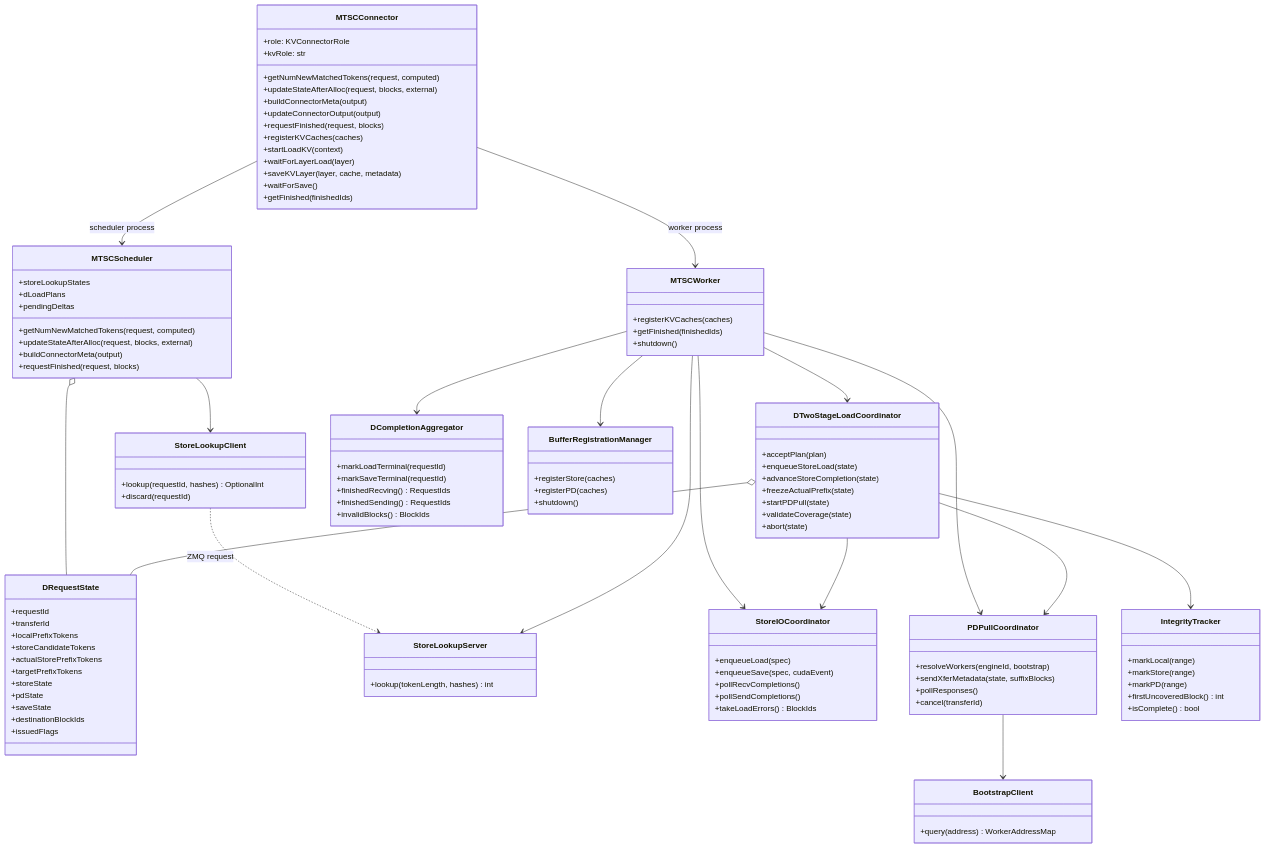
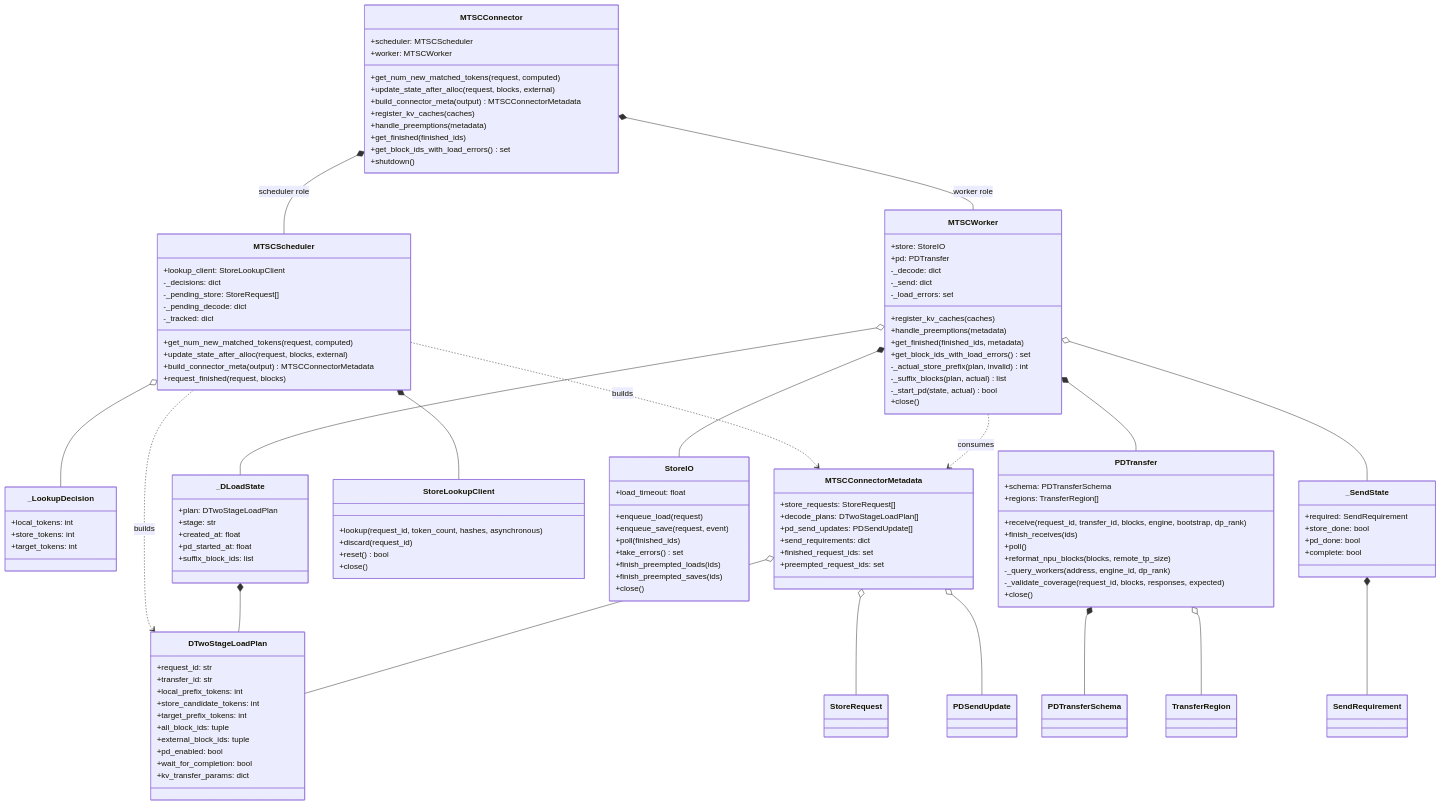
Before and after one commit to WangSu-X/MTSC: the first of 6 diagrams in docs/design/S03-decode设计.md, drawn with Mermaid. The commit also changed other lines of this file and 18 other files, not shown here.

Commit message:
feat: two stage load v0

````diff
--- a/docs/design/S03-decode设计.md
+++ b/docs/design/S03-decode设计.md
@@ -187,113 +190,130 @@
 ```mermaid
 classDiagram
     class MTSCConnector {
-        +role: KVConnectorRole
-        +kvRole: str
-        +getNumNewMatchedTokens(request, computed)
-        +updateStateAfterAlloc(request, blocks, external)
-        +buildConnectorMeta(output)
-        +updateConnectorOutput(output)
-        +requestFinished(request, blocks)
-        +registerKVCaches(caches)
-        +startLoadKV(context)
-        +waitForLayerLoad(layer)
-        +saveKVLayer(layer, cache, metadata)
-        +waitForSave()
-        +getFinished(finishedIds)
+        +scheduler: MTSCScheduler
+        +worker: MTSCWorker
+        +get_num_new_matched_tokens(request, computed)
+        +update_state_after_alloc(request, blocks, external)
+        +build_connector_meta(output) MTSCConnectorMetadata
+        +register_kv_caches(caches)
+        +handle_preemptions(metadata)
+        +get_finished(finished_ids)
+        +get_block_ids_with_load_errors() set
+        +shutdown()
     }
     class MTSCScheduler {
-        +storeLookupStates
-        +dLoadPlans
-        +pendingDeltas
-        +getNumNewMatchedTokens(request, computed)
-        +updateStateAfterAlloc(request, blocks, external)
-        +buildConnectorMeta(output)
-        +requestFinished(request, blocks)
+        +lookup_client: StoreLookupClient
+        -_decisions: dict
+        -_pending_store: StoreRequest[]
+        -_pending_decode: dict
+        -_tracked: dict
+        +get_num_new_matched_tokens(request, computed)
+        +update_state_after_alloc(request, blocks, external)
+        +build_connector_meta(output) MTSCConnectorMetadata
+        +request_finished(request, blocks)
     }
     class MTSCWorker {
-        +registerKVCaches(caches)
-        +getFinished(finishedIds)
-        +shutdown()
+        +store: StoreIO
+        +pd: PDTransfer
+        -_decode: dict
+        -_send: dict
+        -_load_errors: set
+        +register_kv_caches(caches)
+        +handle_preemptions(metadata)
+        +get_finished(finished_ids, metadata)
+        +get_block_ids_with_load_errors() set
+        -_actual_store_prefix(plan, invalid) int
+        -_suffix_blocks(plan, actual) list
+        -_start_pd(state, actual) bool
+        +close()
     }
-    class DRequestState {
-        +requestId
-        +transferId
-        +localPrefixTokens
-        +storeCandidateTokens
-        +actualStorePrefixTokens
-        +targetPrefixTokens
-        +storeState
-        +pdState
-        +saveState
-        +destinationBlockIds
-        +issuedFlags
+    class _LookupDecision {
+        +local_tokens: int
+        +store_tokens: int
+        +target_tokens: int
+    }
+    class DTwoStageLoadPlan {
+        +request_id: str
+        +transfer_id: str
+        +local_prefix_tokens: int
+        +store_candidate_tokens: int
+        +target_prefix_tokens: int
+        +all_block_ids: tuple
+        +external_block_ids: tuple
+        +pd_enabled: bool
+        +wait_for_completion: bool
+        +kv_transfer_params: dict
+    }
+    class _DLoadState {
+        +plan: DTwoStageLoadPlan
+        +stage: str
+        +created_at: float
+        +pd_started_at: float
+        +suffix_block_ids: list
+    }
+    class _SendState {
+        +required: SendRequirement
+        +store_done: bool
+        +pd_done: bool
+        +complete: bool
     }
     class StoreLookupClient {
-        +lookup(requestId, hashes) OptionalInt
-        +discard(requestId)
+        +lookup(request_id, token_count, hashes, asynchronous)
+        +discard(request_id)
+        +reset() bool
+        +close()
     }
-    class StoreLookupServer {
-        +lookup(tokenLength, hashes) int
+    class StoreIO {
+        +load_timeout: float
+        +enqueue_load(request)
+        +enqueue_save(request, event)
+        +poll(finished_ids)
+        +take_errors() set
+        +finish_preempted_loads(ids)
+        +finish_preempted_saves(ids)
+        +close()
     }
-    class DTwoStageLoadCoordinator {
-        +acceptPlan(plan)
-        +enqueueStoreLoad(state)
-        +advanceStoreCompletion(state)
-        +freezeActualPrefix(state)
-        +startPDPull(state)
-        +validateCoverage(state)
-        +abort(state)
+    class PDTransfer {
+        +schema: PDTransferSchema
+        +regions: TransferRegion[]
+        +receive(request_id, transfer_id, blocks, engine, bootstrap, dp_rank)
+        +finish_receives(ids)
+        +poll()
+        +reformat_npu_blocks(blocks, remote_tp_size)
+        -_query_workers(address, engine_id, dp_rank)
+        -_validate_coverage(request_id, blocks, responses, expected)
+        +close()
     }
-    class StoreIOCoordinator {
-        +enqueueLoad(spec)
-        +enqueueSave(spec, cudaEvent)
-        +pollRecvCompletions()
-        +pollSendCompletions()
-        +takeLoadErrors() BlockIds
+    class MTSCConnectorMetadata {
+        +store_requests: StoreRequest[]
+        +decode_plans: DTwoStageLoadPlan[]
+        +pd_send_updates: PDSendUpdate[]
+        +send_requirements: dict
+        +finished_request_ids: set
+        +preempted_request_ids: set
     }
-    class PDPullCoordinator {
-        +resolveWorkers(engineId, bootstrap)
-        +sendXferMetadata(state, suffixBlocks)
-        +pollResponses()
-        +cancel(transferId)
-    }
-    class BootstrapClient {
-        +query(address) WorkerAddressMap
-    }
-    class IntegrityTracker {
-        +markLocal(range)
-        +markStore(range)
-        +markPD(range)
-        +firstUncoveredBlock() int
-        +isComplete() bool
-    }
-    class DCompletionAggregator {
-        +markLoadTerminal(requestId)
-        +markSaveTerminal(requestId)
-        +finishedRecving() RequestIds
-        +finishedSending() RequestIds
-        +invalidBlocks() BlockIds
-    }
-    class BufferRegistrationManager {
-        +registerStore(caches)
-        +registerPD(caches)
-        +shutdown()
-    }
+    class StoreRequest
+    class PDSendUpdate
+    class SendRequirement
+    class PDTransferSchema
+    class TransferRegion
 
-    MTSCConnector --> MTSCScheduler : scheduler process
-    MTSCConnector --> MTSCWorker : worker process
-    MTSCScheduler o-- DRequestState
-    MTSCScheduler --> StoreLookupClient
-    StoreLookupClient ..> StoreLookupServer : ZMQ request
-    MTSCWorker --> DTwoStageLoadCoordinator
-    MTSCWorker --> StoreLookupServer
-    MTSCWorker --> StoreIOCoordinator
-    MTSCWorker --> PDPullCoordinator
-    MTSCWorker --> DCompletionAggregator
-    MTSCWorker --> BufferRegistrationManager
-    DTwoStageLoadCoordinator o-- DRequestState
-    DTwoStageLoadCoordinator --> StoreIOCoordinator
-    DTwoStageLoadCoordinator --> PDPullCoordinator
-    DTwoStageLoadCoordinator --> IntegrityTracker
-    PDPullCoordinator --> BootstrapClient
+    MTSCConnector *-- MTSCScheduler : scheduler role
+    MTSCConnector *-- MTSCWorker : worker role
+    MTSCScheduler *-- StoreLookupClient
+    MTSCScheduler o-- _LookupDecision
+    MTSCScheduler ..> DTwoStageLoadPlan : builds
+    MTSCScheduler ..> MTSCConnectorMetadata : builds
+    MTSCWorker *-- StoreIO
+    MTSCWorker *-- PDTransfer
+    MTSCWorker o-- _DLoadState
+    MTSCWorker o-- _SendState
+    MTSCWorker ..> MTSCConnectorMetadata : consumes
+    _DLoadState *-- DTwoStageLoadPlan
+    _SendState *-- SendRequirement
+    MTSCConnectorMetadata o-- StoreRequest
+    MTSCConnectorMetadata o-- DTwoStageLoadPlan
+    MTSCConnectorMetadata o-- PDSendUpdate
+    PDTransfer *-- PDTransferSchema
+    PDTransfer o-- TransferRegion
 ```
````
